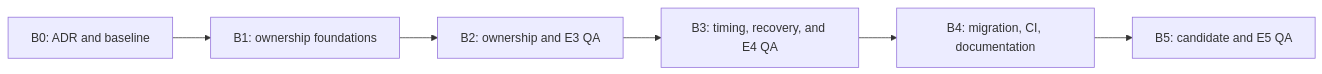
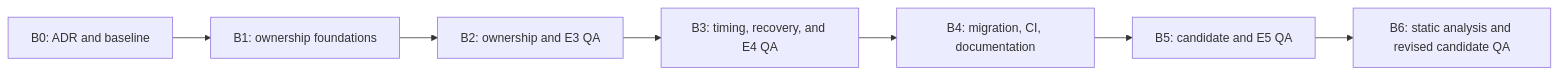
The diagram in ROADMAP.md (hokoo/wp-lock), drawn with Mermaid before and after one commit. The commit also changed other lines of this file and 17 other files, not shown here.

````diff
--- a/ROADMAP.md
+++ b/ROADMAP.md
@@ -44,8 +46,9 @@
 ```mermaid
 flowchart LR
     B0["B0: ADR and baseline"] --> B1["B1: ownership foundations"]
     B1 --> B2["B2: ownership and E3 QA"]
     B2 --> B3["B3: timing, recovery, and E4 QA"]
     B3 --> B4["B4: migration, CI, documentation"]
     B4 --> B5["B5: candidate and E5 QA"]
+    B5 --> B6["B6: static analysis and revised candidate QA"]
 ```
````
